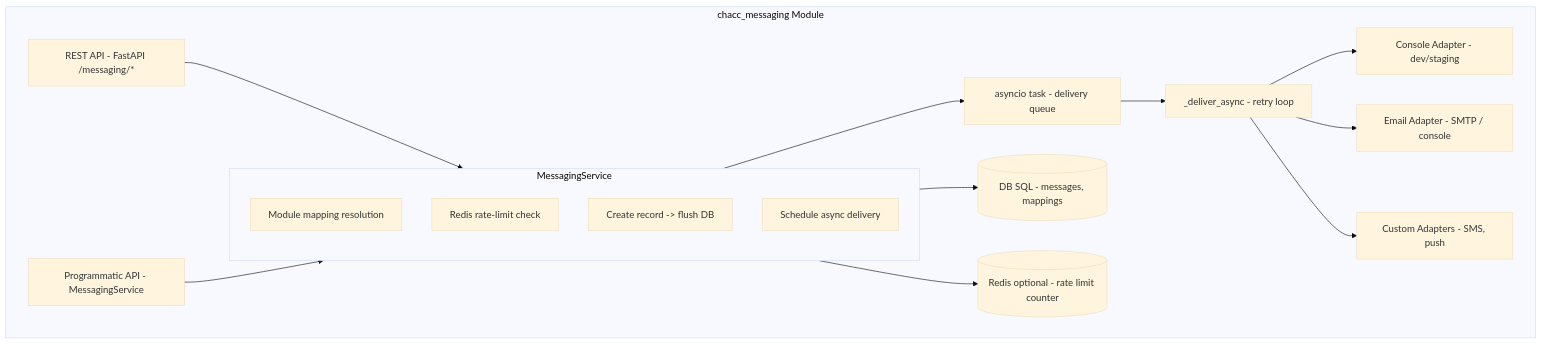
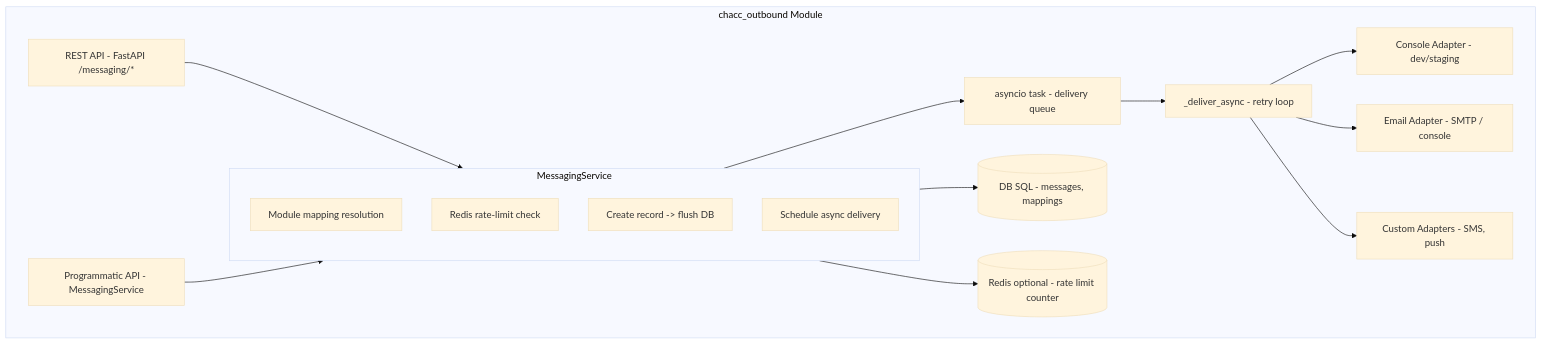
Before and after one commit to TNet-Tech/chacc_outbound: the first of 5 diagrams in README.md, drawn with Mermaid (base theme). The commit also changed other lines of this file and 18 other files, not shown here.

Commit message:
Update and change name to chacc outbound

````diff
--- a/README.md
+++ b/README.md
@@ -262,33 +262,33 @@
 ```mermaid
 flowchart TD
-    subgraph chacc_messaging[chacc_messaging Module]
+    subgraph chacc_outbound[chacc_outbound Module]
         REST[REST API - FastAPI /messaging/*]
         PROG[Programmatic API - MessagingService]
         
         subgraph Service[MessagingService]
             T1[Module mapping resolution]
             T2[Redis rate-limit check]
             T3[Create record -> flush DB]
             T4[Schedule async delivery]
         end
         
         DB[(DB SQL - messages, mappings)]
         REDIS[(Redis optional - rate limit counter)]
         TASK[asyncio task - delivery queue]
         DELIVER[_deliver_async - retry loop]
         
         CONSOLE[Console Adapter - dev/staging]
         EMAIL[Email Adapter - SMTP / console]
         CUSTOM[Custom Adapters - SMS, push]
     end
     
     REST --> Service
     PROG --> Service
     Service --> DB
     Service --> REDIS
     Service --> TASK
     TASK --> DELIVER
     DELIVER --> CONSOLE
     DELIVER --> EMAIL
     DELIVER --> CUSTOM
 ```
````
